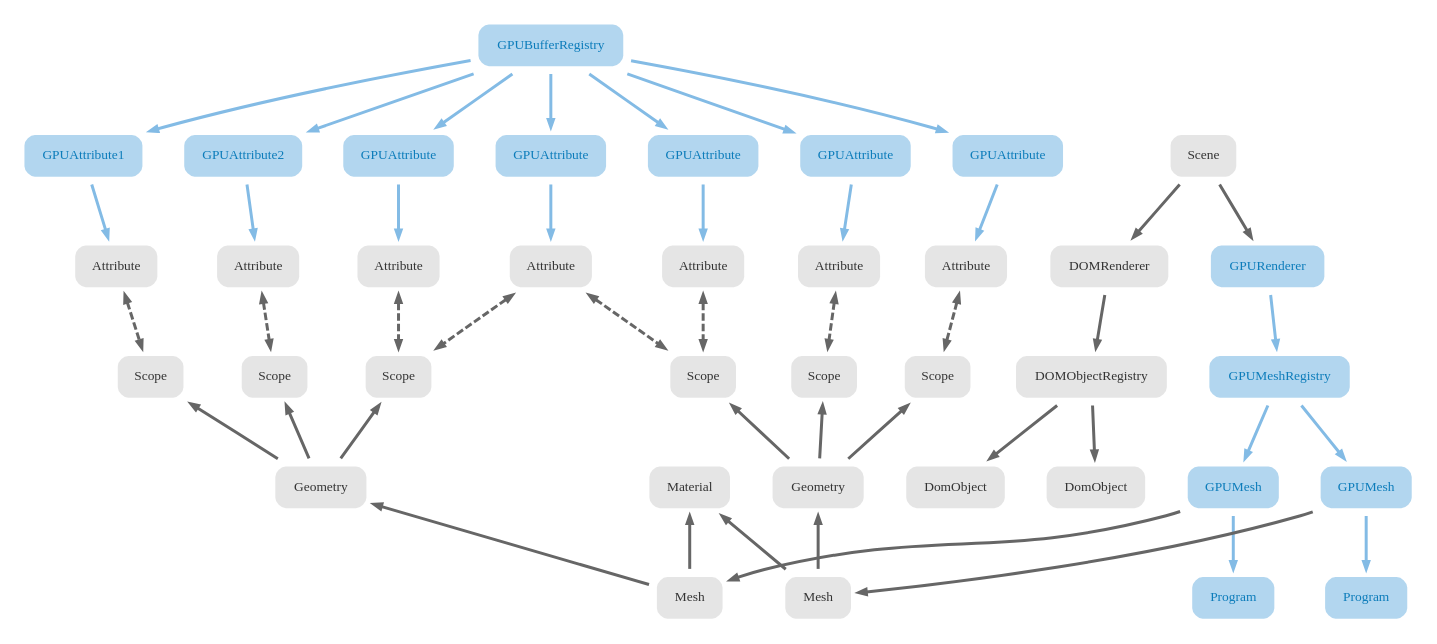
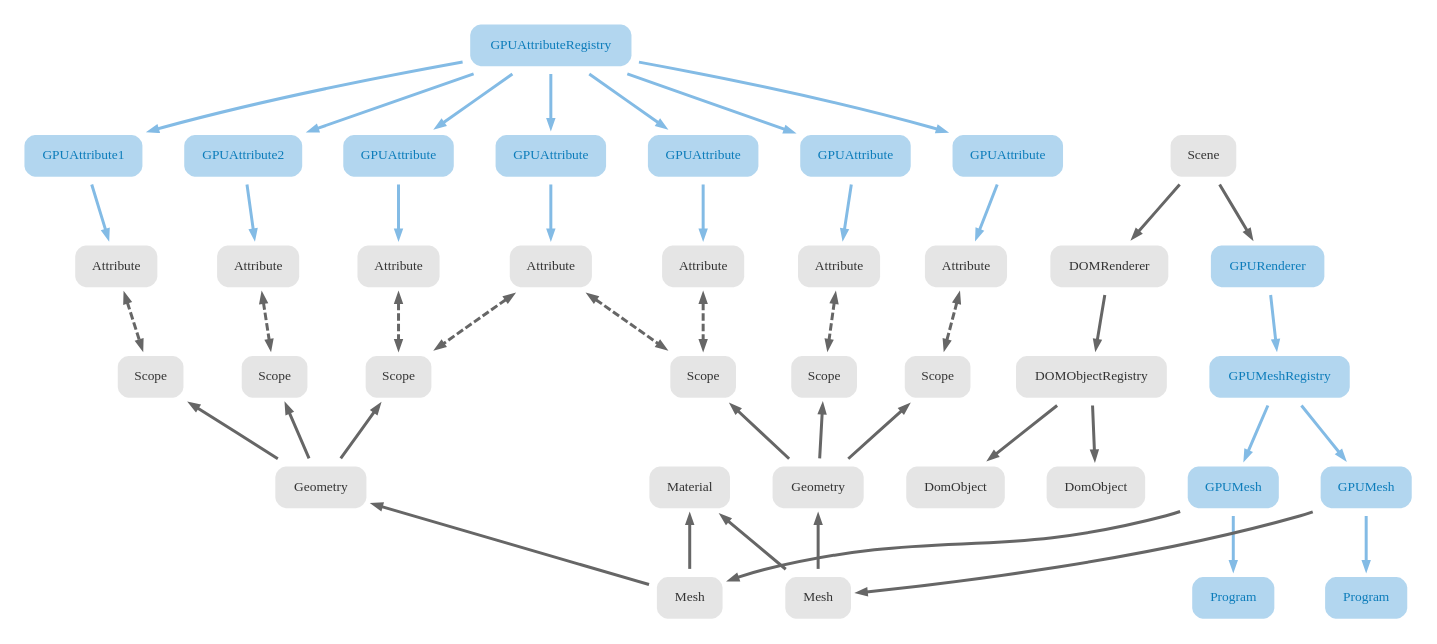
One commit to enso-org/basegl-old changed the diagram in docs/architecture.dot. Above: the diagram before and after it, drawn with Graphviz. The commit also changed 3 other files, not shown here.

```diff
--- a/docs/architecture.dot
+++ b/docs/architecture.dot
@@ -1,121 +1,121 @@
 digraph G {
 
   node  [style="rounded,filled" shape=box fillcolor="#e5e5e5" fontcolor="#333333" color=white penwidth=10 margin=0.2]
   graph [fontname="QuickSand" fontsize=9 outputorder="nodesfirst"];
   node  [fontname="QuickSand" fontsize=9 pin=true];
   edge  [fontname="QuickSand" fontsize=9 arrowsize=.5, penwidth=2, color="#666666"];
   
   
   attr1 [label="Attribute" pos="1.0,5.0!"]
   attr2 [label="Attribute" pos="2.2,5.0!"]
   attr3 [label="Attribute" pos="3.4,5.0!"]
   attr4 [label="Attribute" pos="4.6,5.0!"]
   attr5 [label="Attribute" pos="5.8,5.0!"]
   attr6 [label="Attribute" pos="7.0,5.0!"]
   attr7 [label="Attribute" pos="8.2,5.0!"]
   
   subgraph GPU {
       node [fillcolor="#b2d6ef" fontcolor="#0c7cba"]
       edge [color="#83bbe5"]
       
-      bufferRegistry [label="GPUBufferRegistry" pos="4.6,7.0!"]
+      bufferRegistry [label="GPUAttributeRegistry" pos="4.6,7.0!"]
       gpuAttr1 [label="GPUAttribute1" pos="1.0,6.0!"]
       gpuAttr2 [label="GPUAttribute2" pos="2.2,6.0!"]
       gpuAttr3 [label="GPUAttribute"  pos="3.4,6.0!"]
       gpuAttr4 [label="GPUAttribute"  pos="4.6,6.0!"]
       gpuAttr5 [label="GPUAttribute"  pos="5.8,6.0!"]
       gpuAttr6 [label="GPUAttribute"  pos="7.0,6.0!"]
       gpuAttr7 [label="GPUAttribute"  pos="8.2,6.0!"]
       
       prog1 [label="Program", pos="3.4,2.0!"]
       prog2 [label="Program", pos="5.8,2.0!"]
       
       gpuMesh1 [label="GPUMesh", pos="2.75,1.0!"]
       gpuMesh2 [label="GPUMesh", pos="6.45,1.0!"]
       gpuMeshRegistry [label="GPUMeshRegistry", pos="4.6,0.0!"]
       gpuRenderer [label="GPURenderer", pos="4.6,-1.0!"]
       
       bufferRegistry -> gpuAttr1
       bufferRegistry -> gpuAttr2
       bufferRegistry -> gpuAttr3
       bufferRegistry -> gpuAttr4
       bufferRegistry -> gpuAttr5
       bufferRegistry -> gpuAttr6
       bufferRegistry -> gpuAttr7
       
       gpuAttr1 -> attr1
       gpuAttr2 -> attr2
       gpuAttr3 -> attr3
       gpuAttr4 -> attr4
       gpuAttr5 -> attr5
       gpuAttr6 -> attr6
       gpuAttr7 -> attr7
       
       gpuMesh1 -> prog1
       gpuMesh2 -> prog2
       
       gpuMeshRegistry -> gpuMesh1
       gpuMeshRegistry -> gpuMesh2
       gpuRenderer -> gpuMeshRegistry
   }
   
   domObject1 [label="DomObject", pos="9.4,1.0!"]
   domObject2 [label="DomObject", pos="10.6,1.0!"]
   domObjectRegistry [label="DOMObjectRegistry", pos="10.0,0.0!"]
   
   domRenderer [label="DOMRenderer", pos="10.0,-1.0!"]
   
   domRenderer -> domObjectRegistry
   domObjectRegistry -> domObject1
   domObjectRegistry -> domObject2
   
   scene [label="Scene", pos="7.4,-3.0!"]
   
   scene -> gpuRenderer
   scene -> domRenderer
   
   scope1 [label="Scope" pos="1.0,4.0!"]
   scope2 [label="Scope" pos="2.2,4.0!"]
   scope3 [label="Scope" pos="3.4,4.0!"]
   scope4 [label="Scope" pos="5.8,4.0!"]
   scope5 [label="Scope" pos="7.0,4.0!"]
   scope6 [label="Scope" pos="8.2,4.0!"]
   
   geo1 [label="Geometry" pos="2.2,3.0!"]
   geo2 [label="Geometry" pos="7.0,3.0!"]
   
   mesh1 [label="Mesh" pos="2.2,2.0!"]
   mesh2 [label="Mesh" pos="7.0,2.0!"]
   
   mat [label="Material", pos="4.6,3.0!"]
 
   
   gpuMesh1 -> mesh1
   gpuMesh2 -> mesh2
   
 
   
   attr1 -> scope1 [dir=both style=dashed]
   attr2 -> scope2 [dir=both style=dashed]
   attr3 -> scope3 [dir=both style=dashed]
   attr4 -> scope3 [dir=both style=dashed]
   attr4 -> scope4 [dir=both style=dashed]
   attr5 -> scope4 [dir=both style=dashed]
   attr6 -> scope5 [dir=both style=dashed]
   attr7 -> scope6 [dir=both style=dashed]
   
   scope1 -> geo1 [dir=back]
   scope2 -> geo1 [dir=back]
   scope3 -> geo1 [dir=back]
   
   scope4 -> geo2 [dir=back]
   scope5 -> geo2 [dir=back]
   scope6 -> geo2 [dir=back]
   
   geo1 -> mesh1 [dir=back]
   geo2 -> mesh2 [dir=back]
   
   mat -> mesh1 [dir=back]
   mat -> mesh2 [dir=back]
   
 }
```
